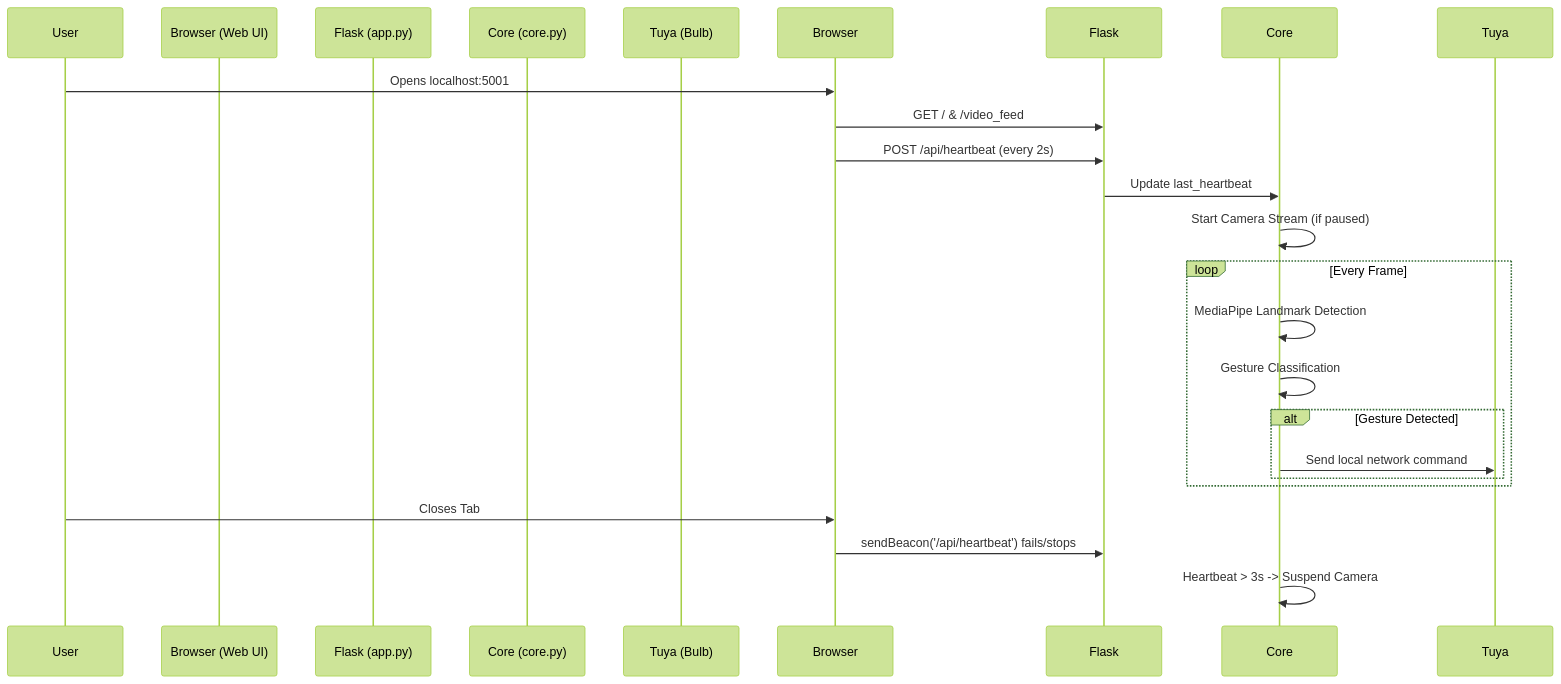
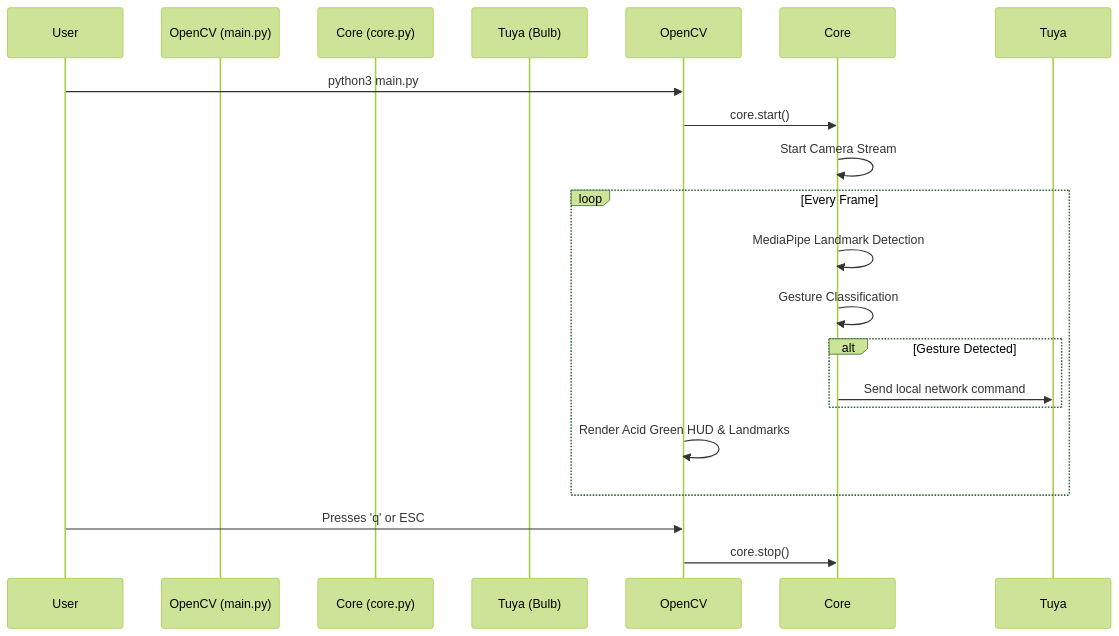
One commit to miheer2003/Air-Light changed the diagram in README.md. Above: the diagram before and after it, drawn with Mermaid (forest theme). The commit also changed other lines of this file, not shown here.

Commit message:
Update README to reflect Native Tech HUD instead of Web UI

````diff
--- a/README.md
+++ b/README.md
@@ -42,26 +41,23 @@
 ```mermaid
 sequenceDiagram
     participant User
-    participant Browser (Web UI)
-    participant Flask (app.py)
+    participant OpenCV (main.py)
     participant Core (core.py)
     participant Tuya (Bulb)
 
-    User->>Browser: Opens localhost:5001
-    Browser->>Flask: GET / & /video_feed
-    Browser->>Flask: POST /api/heartbeat (every 2s)
-    Flask->>Core: Update last_heartbeat
-    Core->>Core: Start Camera Stream (if paused)
+    User->>OpenCV: python3 main.py
+    OpenCV->>Core: core.start()
+    Core->>Core: Start Camera Stream
     
     loop Every Frame
         Core->>Core: MediaPipe Landmark Detection
         Core->>Core: Gesture Classification
         alt Gesture Detected
             Core->>Tuya: Send local network command
         end
+        OpenCV->>OpenCV: Render Acid Green HUD & Landmarks
     end
 
-    User->>Browser: Closes Tab
-    Browser->>Flask: sendBeacon('/api/heartbeat') fails/stops
-    Core->>Core: Heartbeat > 3s -> Suspend Camera
+    User->>OpenCV: Presses 'q' or ESC
+    OpenCV->>Core: core.stop()
 ```
````
